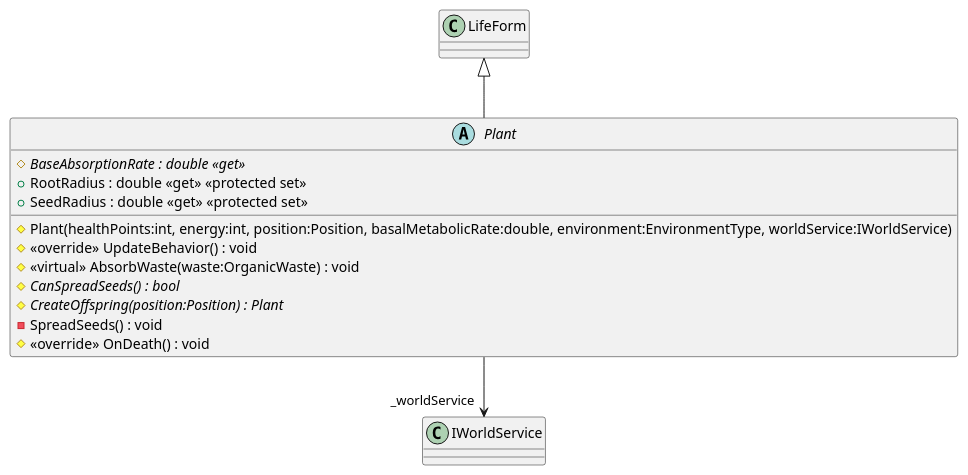
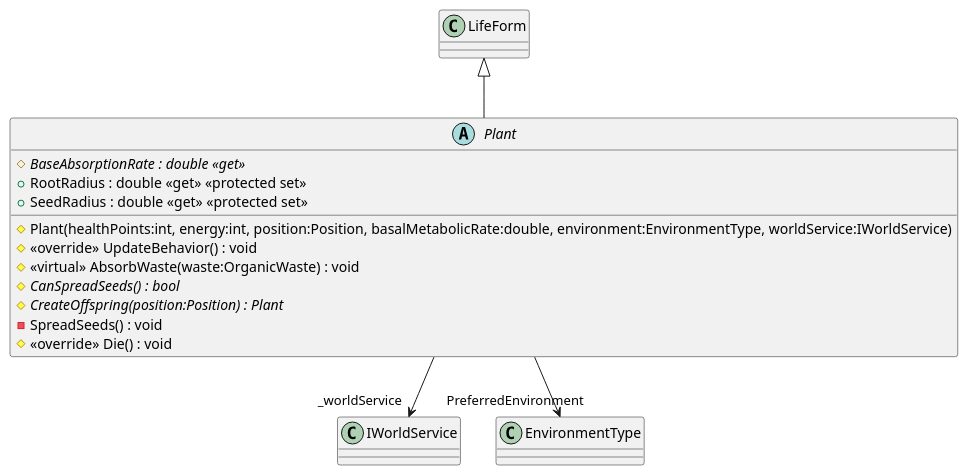
The diagram in plantuml/Models/Entities/Plants/Plant.puml (I42I/ecosystem), drawn with PlantUML before and after one commit. The commit also changed 64 other files, not shown here.

Commit message:
plantuml

```diff
--- a/plantuml/Models/Entities/Plants/Plant.puml
+++ b/plantuml/Models/Entities/Plants/Plant.puml
@@ -1,16 +1,17 @@
 @startuml
 abstract class Plant {
     # {abstract} BaseAbsorptionRate : double <<get>>
     # Plant(healthPoints:int, energy:int, position:Position, basalMetabolicRate:double, environment:EnvironmentType, worldService:IWorldService)
     + RootRadius : double <<get>> <<protected set>>
     + SeedRadius : double <<get>> <<protected set>>
     # <<override>> UpdateBehavior() : void
     # <<virtual>> AbsorbWaste(waste:OrganicWaste) : void
     # {abstract} CanSpreadSeeds() : bool
     # {abstract} CreateOffspring(position:Position) : Plant
     - SpreadSeeds() : void
-    # <<override>> OnDeath() : void
+    # <<override>> Die() : void
 }
 LifeForm <|-- Plant
 Plant --> "_worldService" IWorldService
+Plant --> "PreferredEnvironment" EnvironmentType
 @enduml
```
